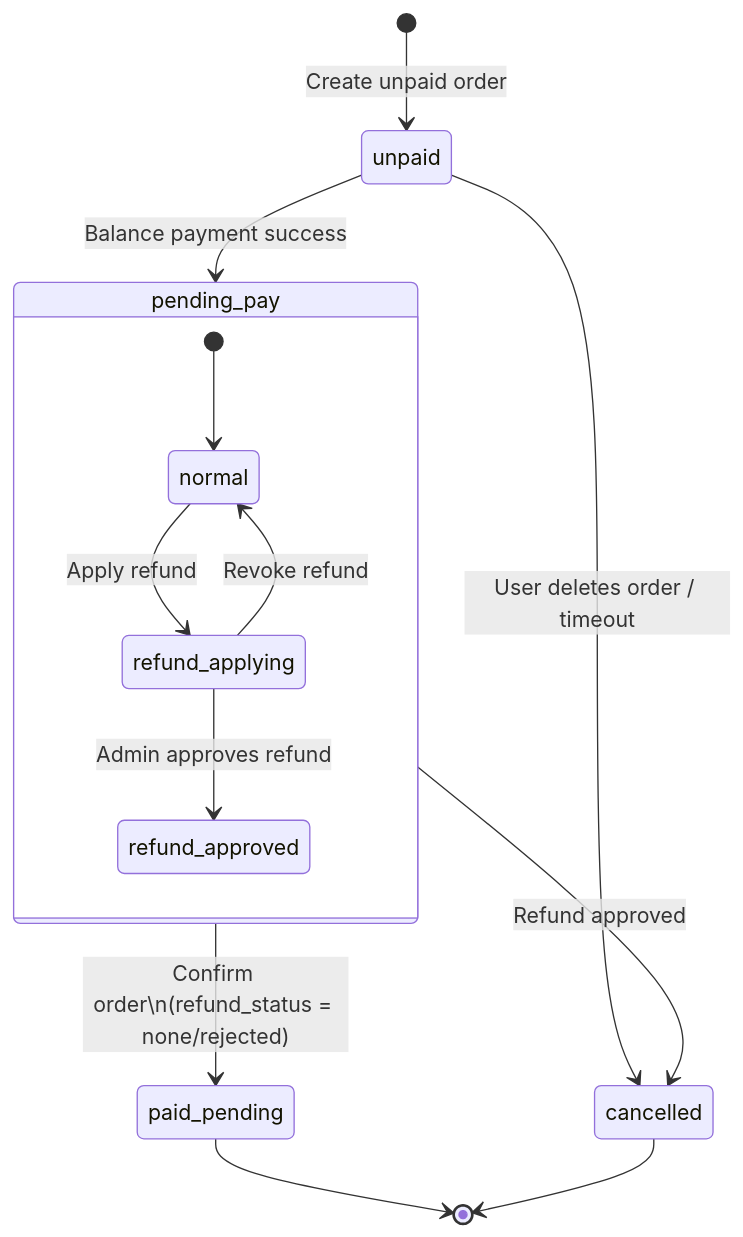
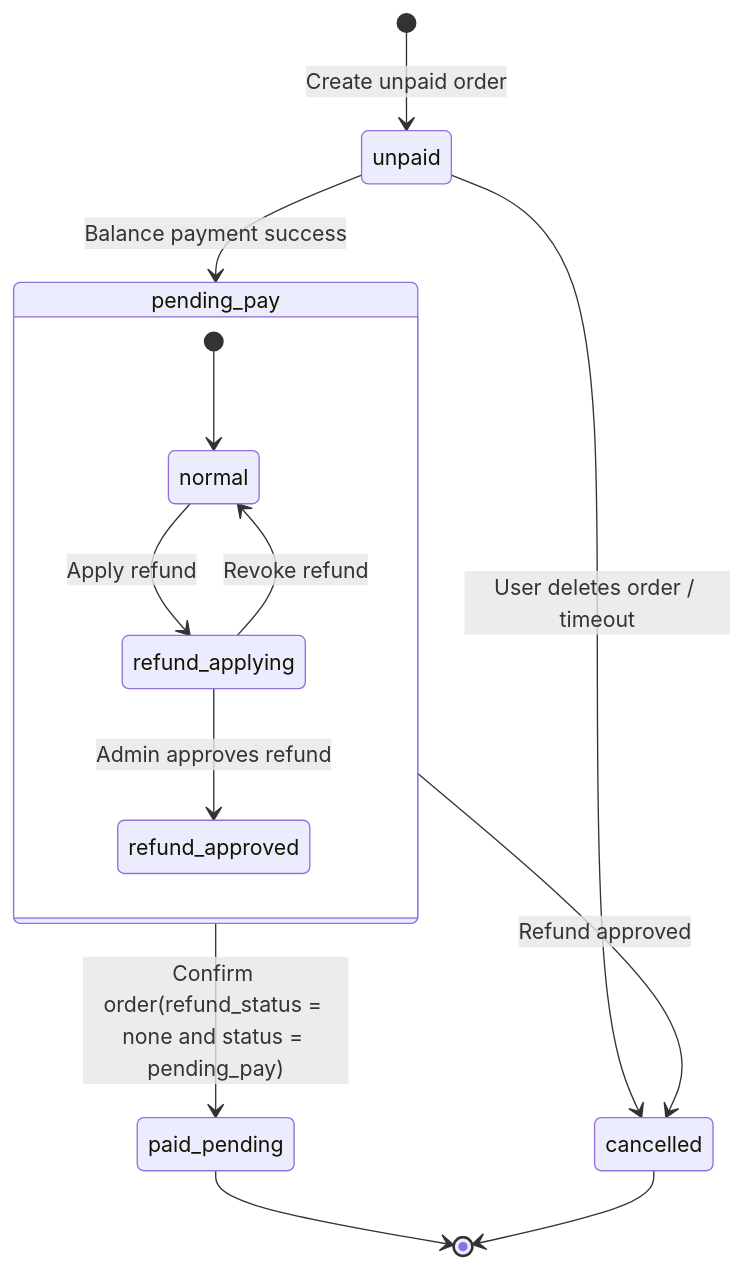
One commit to XiaoyaoZhangChris/ecommerce-system changed the diagram in backend-demo/readme.md. Above: the diagram before and after it, drawn with Mermaid.

````diff
--- a/backend-demo/readme.md
+++ b/backend-demo/readme.md
@@ -3,20 +3,20 @@
 ```mermaid
 stateDiagram-v2
     [*] --> unpaid: Create unpaid order
 
     unpaid --> pending_pay: Balance payment success
     unpaid --> cancelled: User deletes order / timeout
 
     state pending_pay {
         [*] --> normal
         normal --> refund_applying: Apply refund
         refund_applying --> normal: Revoke refund
         refund_applying --> refund_approved: Admin approves refund
     }
 
-    pending_pay --> paid_pending: Confirm order\n(refund_status = none/rejected)
+    pending_pay --> paid_pending: Confirm order(refund_status = none and status = pending_pay)
     pending_pay --> cancelled: Refund approved
 
     paid_pending --> [*]
     cancelled --> [*]
 ```
````
